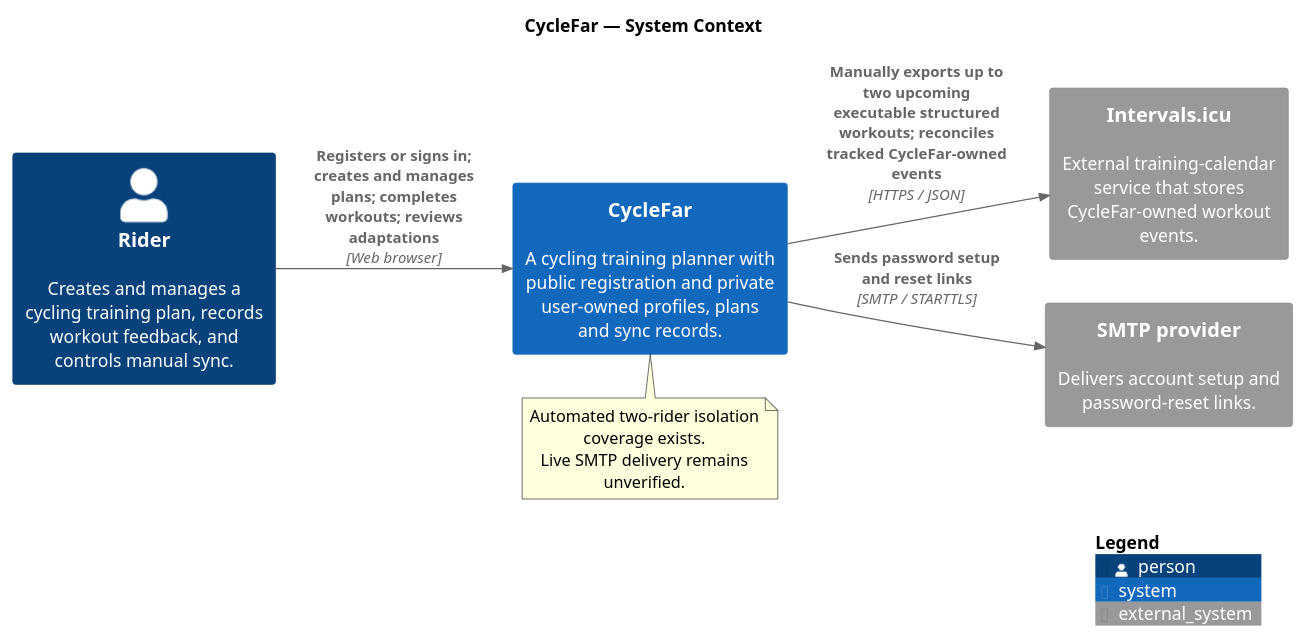
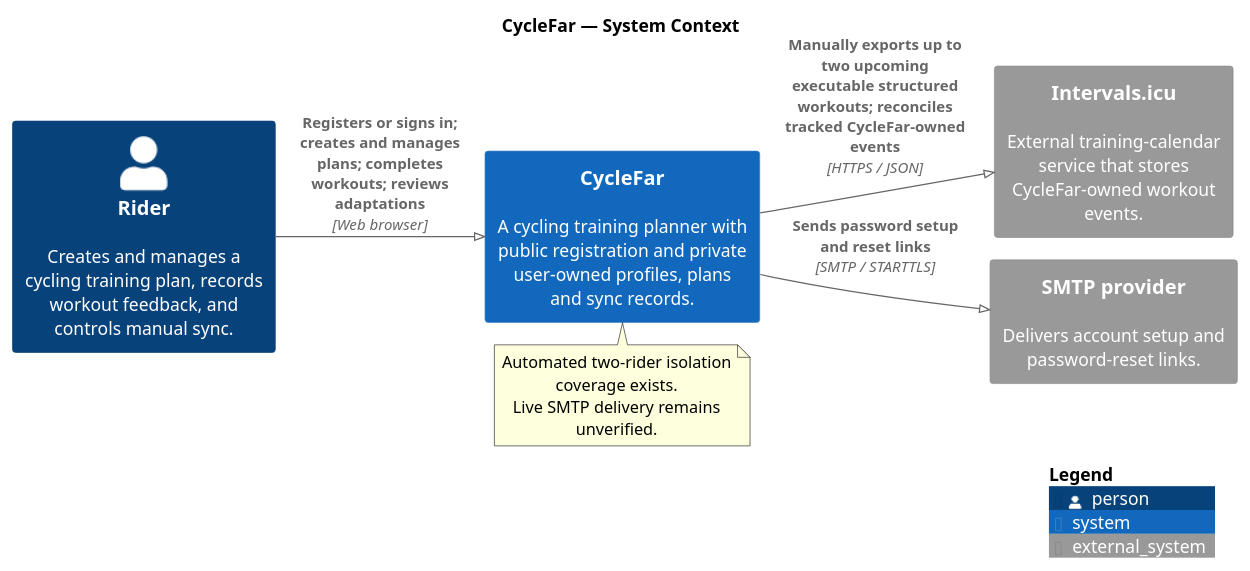
Before and after one commit to richardhartme/cyclefar: the diagram in docs/diagrams/context-cyclefar-system.puml, drawn with PlantUML. The commit also changed 20 other files, not shown here.

Commit message:
Update architecture diagrams and add PNG exports

```diff
--- a/docs/diagrams/context-cyclefar-system.puml
+++ b/docs/diagrams/context-cyclefar-system.puml
@@ -1,26 +1,27 @@
-@startuml CycleFar System Context
+@startuml
+!pragma layout smetana
 ' Scope and limitations: README.md
 !include https://raw.githubusercontent.com/plantuml-stdlib/C4-PlantUML/master/C4_Context.puml
 
 title CycleFar — System Context
 
 LAYOUT_LEFT_RIGHT()
 
 Person(rider, "Rider", "Creates and manages a cycling training plan, records workout feedback, and controls manual sync.")
 
 System(cyclefar, "CycleFar", "A cycling training planner with public registration and private user-owned profiles, plans and sync records.")
 
 System_Ext(intervals_icu, "Intervals.icu", "External training-calendar service that stores CycleFar-owned workout events.")
 System_Ext(smtp, "SMTP provider", "Delivers account setup and password-reset links.")
 
 Rel(rider, cyclefar, "Registers or signs in; creates and manages plans; completes workouts; reviews adaptations", "Web browser")
 Rel(cyclefar, intervals_icu, "Manually exports up to two upcoming executable structured workouts; reconciles tracked CycleFar-owned events", "HTTPS / JSON")
 Rel(cyclefar, smtp, "Sends password setup and reset links", "SMTP / STARTTLS")
 
 note bottom of cyclefar
   Automated two-rider isolation coverage exists.
   Live SMTP delivery remains unverified.
 end note
 
 SHOW_LEGEND()
 @enduml
```
